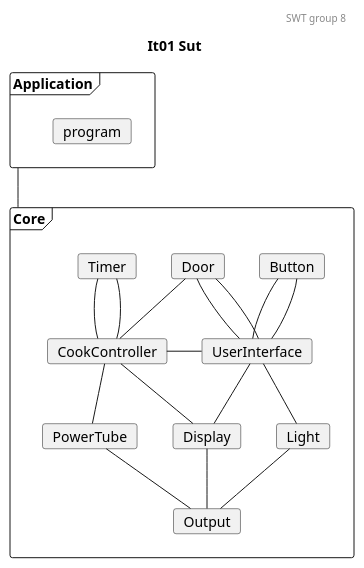
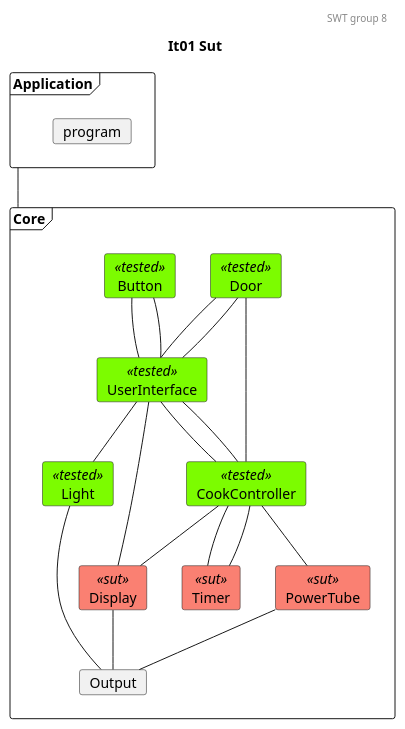
The diagram in docs/SysTestTree3.plantuml (mikkel-ol/I4SWT-MicrowaveOven), drawn with PlantUML before and after one commit. The commit also changed 3 other files, not shown here.

```diff
--- a/docs/SysTestTree3.plantuml
+++ b/docs/SysTestTree3.plantuml
@@ -1,65 +1,77 @@
 @startuml
 
 'Testing colors:
 skinparam card{
     backgroundColor<<tested>> lawngreen
     backgroundColor<<sut>> salmon
     backgroundColor<<test>> salmon
     backgroundColor<<fake>> gold
 }
 
 header SWT group 8
 title It01 Sut
 
 frame Application{
     card program
 }
 
 frame Core{
-    card UserInterface
-    card CookController
+'0.
+    card Door<<tested>>
+    card Button<<tested>>
 
-    card Door
-    card Light
-    card Timer
-    card PowerTube
-    card Display
+'1.
+    card UserInterface<<tested>>
+
+'2.
+    card CookController<<tested>>
+    card Light<<tested>>
+
+'3.
+    card Timer<<sut>>
+    card PowerTube<<sut>>
+    card Display<<sut>>
+
+'4 
     card Output
-    card Button
+
+
 }
 Application -- Core
 
 'Relations projects
 ' 0. to 1.
 Door -- UserInterface
 Door -- UserInterface
 
 Button -- UserInterface
 Button -- UserInterface
 
 
 'Relations CookController:
 '1.
-CookController - UserInterface
+UserInterface -- CookController
+UserInterface -- CookController
 '1. to 2.
 Door - CookController
 
-Timer -- CookController
-Timer -- CookController
 
 CookController -- PowerTube
 
 '1. to 2.
 UserInterface -- Display
 UserInterface -- Light
 CookController -- Display
+
+CookController -- Timer
+CookController -- Timer 
 
 
 ' Relations 2. to 3.
 Light -- Output
 Display -- Output
 PowerTube -- Output
 
 
 
 @enduml
```
